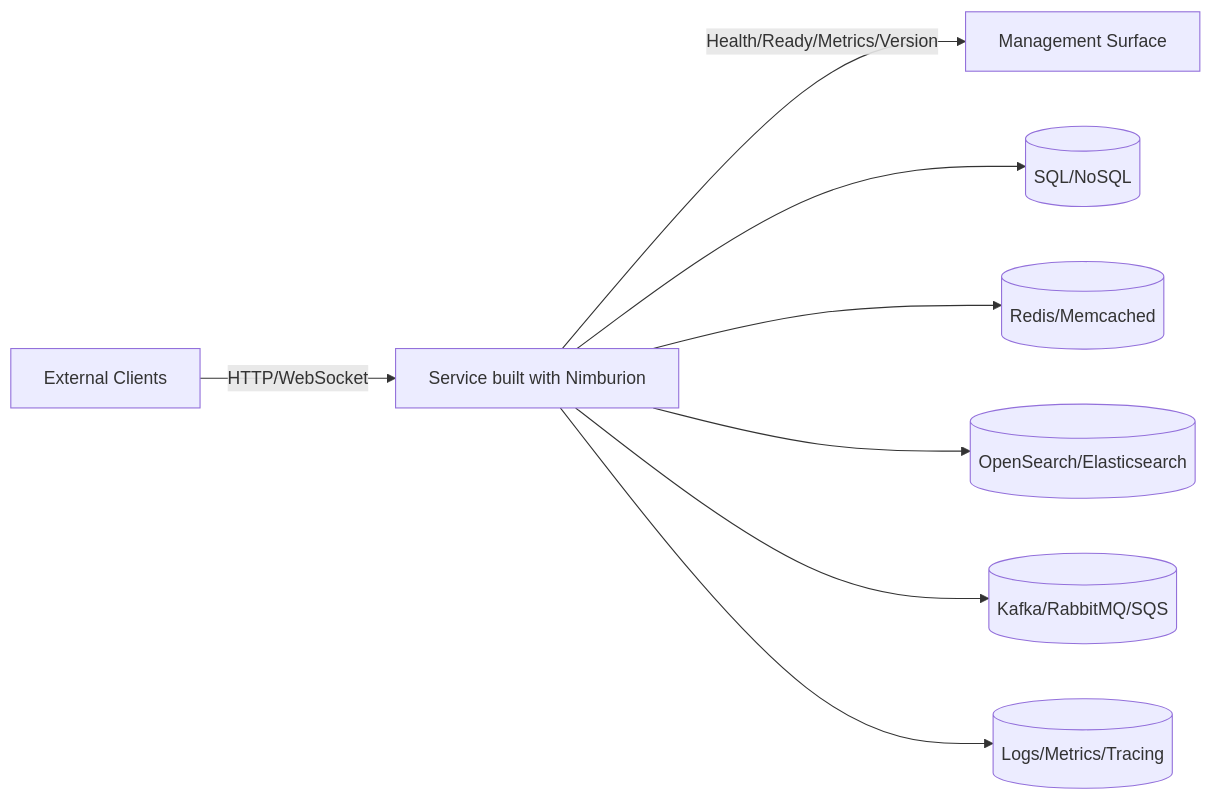
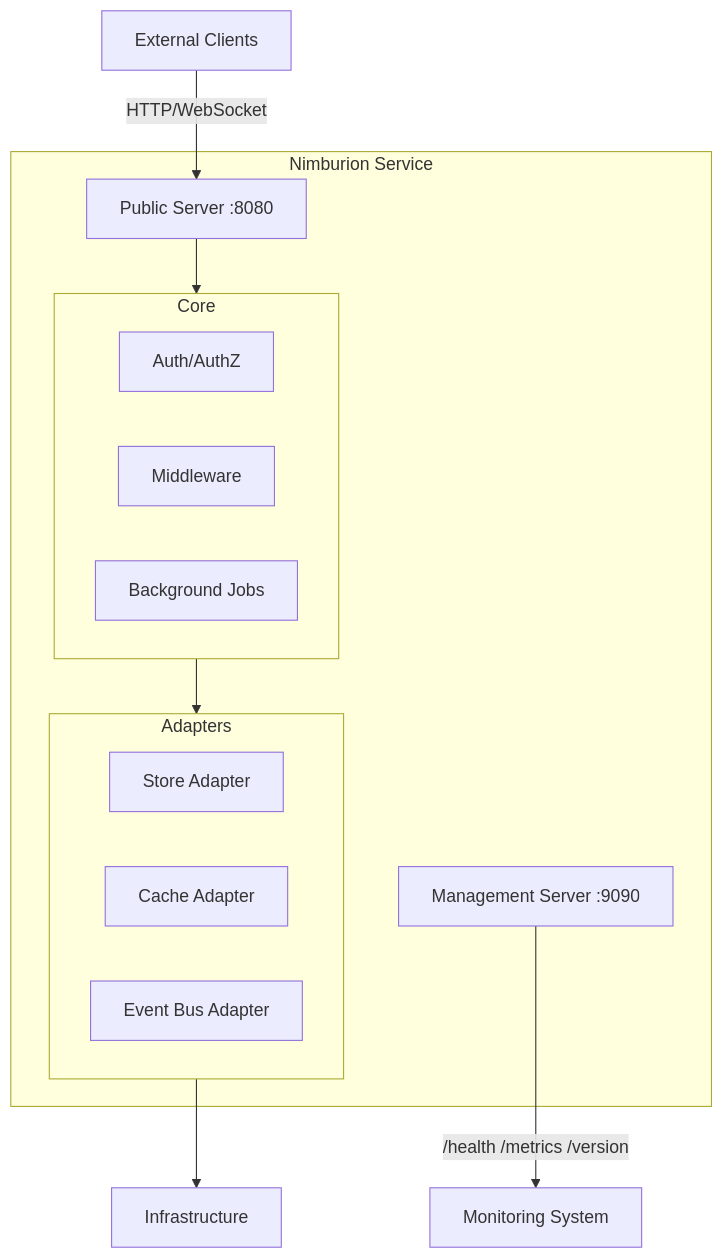
One commit to nimburion/nimburion.github.io changed the diagram in documentation/nimburion/overview.md. Above: the diagram before and after it, drawn with Mermaid. The commit also changed other lines of this file, not shown here.

````diff
--- a/documentation/nimburion/overview.md
+++ b/documentation/nimburion/overview.md
@@ -36,15 +80,31 @@
 ```mermaid
-flowchart LR
+flowchart TB
     Client[External Clients]
-    Svc[Service built with Nimburion]
-    Mgmt[Management Surface]
-
-    Client -->|HTTP/WebSocket| Svc
-    Svc -->|Health/Ready/Metrics/Version| Mgmt
-
-    Svc --> DB[(SQL/NoSQL)]
-    Svc --> Cache[(Redis/Memcached)]
-    Svc --> Search[(OpenSearch/Elasticsearch)]
-    Svc --> Bus[(Kafka/RabbitMQ/SQS)]
-    Svc --> Obs[(Logs/Metrics/Tracing)]
+    
+    subgraph Service[Nimburion Service]
+        Pub[Public Server :8080]
+        Mgmt[Management Server :9090]
+        
+        subgraph Core
+            Auth[Auth/AuthZ]
+            Mid[Middleware]
+            Jobs[Background Jobs]
+        end
+        
+        subgraph Adapters
+            Store[Store Adapter]
+            Cache[Cache Adapter]
+            Bus[Event Bus Adapter]
+        end
+    end
+    
+    Monitor[Monitoring System]
+    Infra[Infrastructure]
+    
+    Client -->|HTTP/WebSocket| Pub
+    Mgmt -->|/health /metrics /version| Monitor
+    
+    Pub --> Core
+    Core --> Adapters
+    Adapters --> Infra
 ```
````
